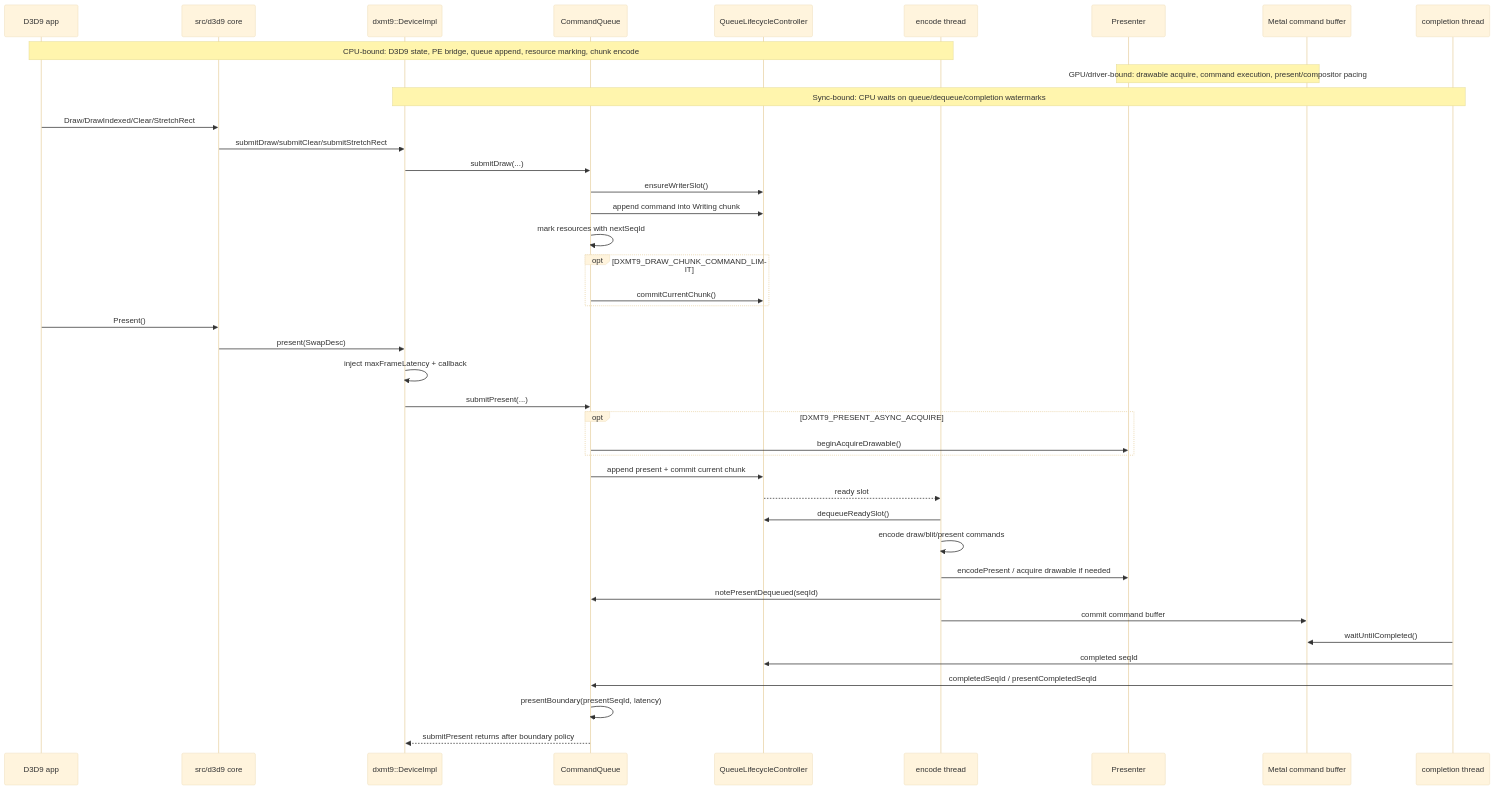
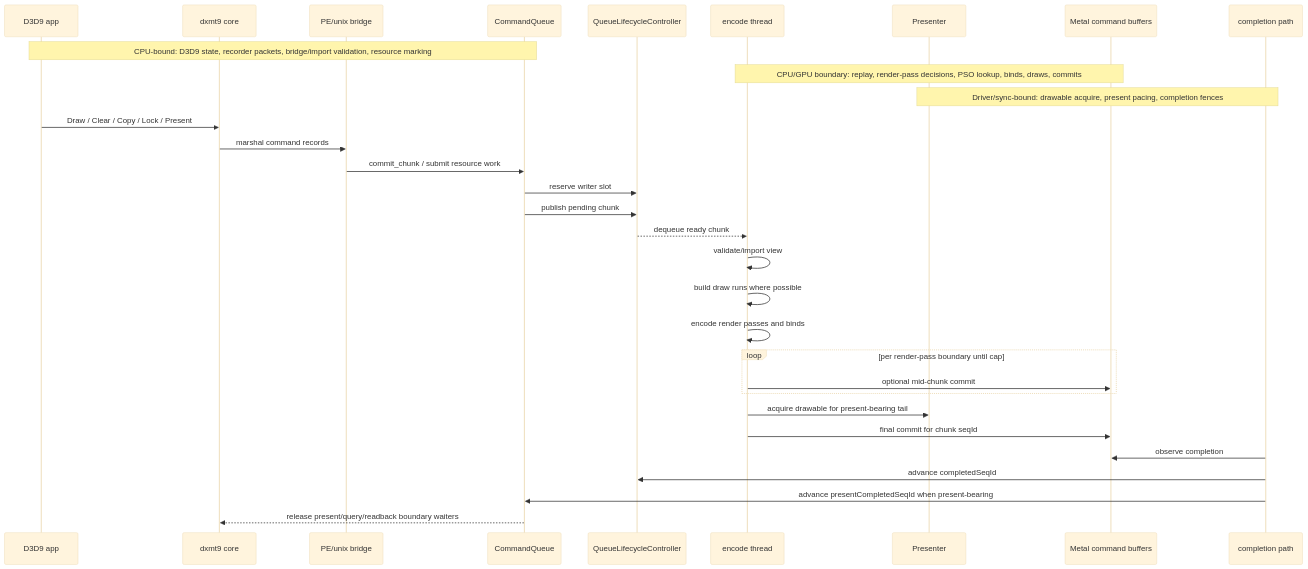
One commit to dfdgsdfg/dxmt9 changed the second of 11 diagrams in docs/perfomance-bottleneck.md. Above: the diagram before and after it, drawn with Mermaid (base theme). The commit also changed other lines of this file, not shown here.

````diff
--- a/docs/perfomance-bottleneck.md
+++ b/docs/perfomance-bottleneck.md
@@ -68,46 +87,37 @@
 ```mermaid
 sequenceDiagram
   participant App as D3D9 app
-  participant Core as src/d3d9 core
-  participant Device as dxmt9::DeviceImpl
+  participant Core as dxmt9 core
+  participant Bridge as PE/unix bridge
   participant CQ as CommandQueue
   participant QLC as QueueLifecycleController
   participant Encode as encode thread
   participant Presenter as Presenter
-  participant Metal as Metal command buffer
-  participant Complete as completion thread
+  participant Metal as Metal command buffers
+  participant Complete as completion path
 
-  Note over App,Encode: CPU-bound: D3D9 state, PE bridge, queue append, resource marking, chunk encode
-  Note over Presenter,Metal: GPU/driver-bound: drawable acquire, command execution, present/compositor pacing
-  Note over Device,Complete: Sync-bound: CPU waits on queue/dequeue/completion watermarks
+  Note over App,CQ: CPU-bound: D3D9 state, recorder packets, bridge/import validation, resource marking
+  Note over Encode,Metal: CPU/GPU boundary: replay, render-pass decisions, PSO lookup, binds, draws, commits
+  Note over Presenter,Complete: Driver/sync-bound: drawable acquire, present pacing, completion fences
 
-  App->>Core: Draw/DrawIndexed/Clear/StretchRect
-  Core->>Device: submitDraw/submitClear/submitStretchRect
-  Device->>CQ: submitDraw(...)
-  CQ->>QLC: ensureWriterSlot()
-  CQ->>QLC: append command into Writing chunk
-  CQ->>CQ: mark resources with nextSeqId
-  opt DXMT9_DRAW_CHUNK_COMMAND_LIMIT
-    CQ->>QLC: commitCurrentChunk()
+  App->>Core: Draw / Clear / Copy / Lock / Present
+  Core->>Bridge: marshal command records
+  Bridge->>CQ: commit_chunk / submit resource work
+  CQ->>QLC: reserve writer slot
+  CQ->>QLC: publish pending chunk
+  QLC-->>Encode: dequeue ready chunk
+  Encode->>Encode: validate/import view
+  Encode->>Encode: build draw runs where possible
+  Encode->>Encode: encode render passes and binds
+
+  loop per render-pass boundary until cap
+    Encode->>Metal: optional mid-chunk commit
   end
 
-  App->>Core: Present()
-  Core->>Device: present(SwapDesc)
-  Device->>Device: inject maxFrameLatency + callback
-  Device->>CQ: submitPresent(...)
-  opt DXMT9_PRESENT_ASYNC_ACQUIRE
-    CQ->>Presenter: beginAcquireDrawable()
-  end
-  CQ->>QLC: append present + commit current chunk
-  QLC-->>Encode: ready slot
-  Encode->>QLC: dequeueReadySlot()
-  Encode->>Encode: encode draw/blit/present commands
-  Encode->>Presenter: encodePresent / acquire drawable if needed
-  Encode->>CQ: notePresentDequeued(seqId)
-  Encode->>Metal: commit command buffer
-  Complete->>Metal: waitUntilCompleted()
-  Complete->>QLC: completed seqId
-  Complete->>CQ: completedSeqId / presentCompletedSeqId
-  CQ->>CQ: presentBoundary(presentSeqId, latency)
-  CQ-->>Device: submitPresent returns after boundary policy
+  Encode->>Presenter: acquire drawable for present-bearing tail
+  Encode->>Metal: final commit for chunk seqId
+  Complete->>Metal: observe completion
+  Complete->>QLC: advance completedSeqId
+  Complete->>CQ: advance presentCompletedSeqId when present-bearing
+  CQ-->>Core: release present/query/readback boundary waiters
 ```
````
